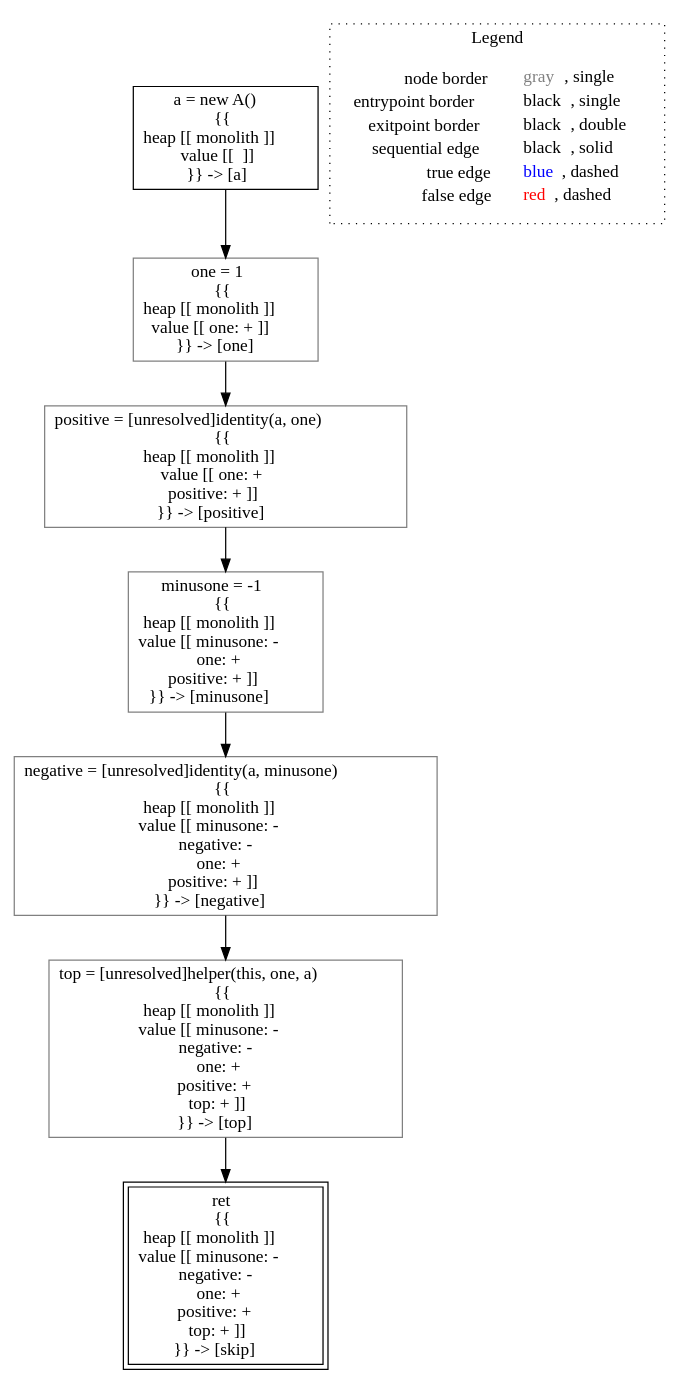
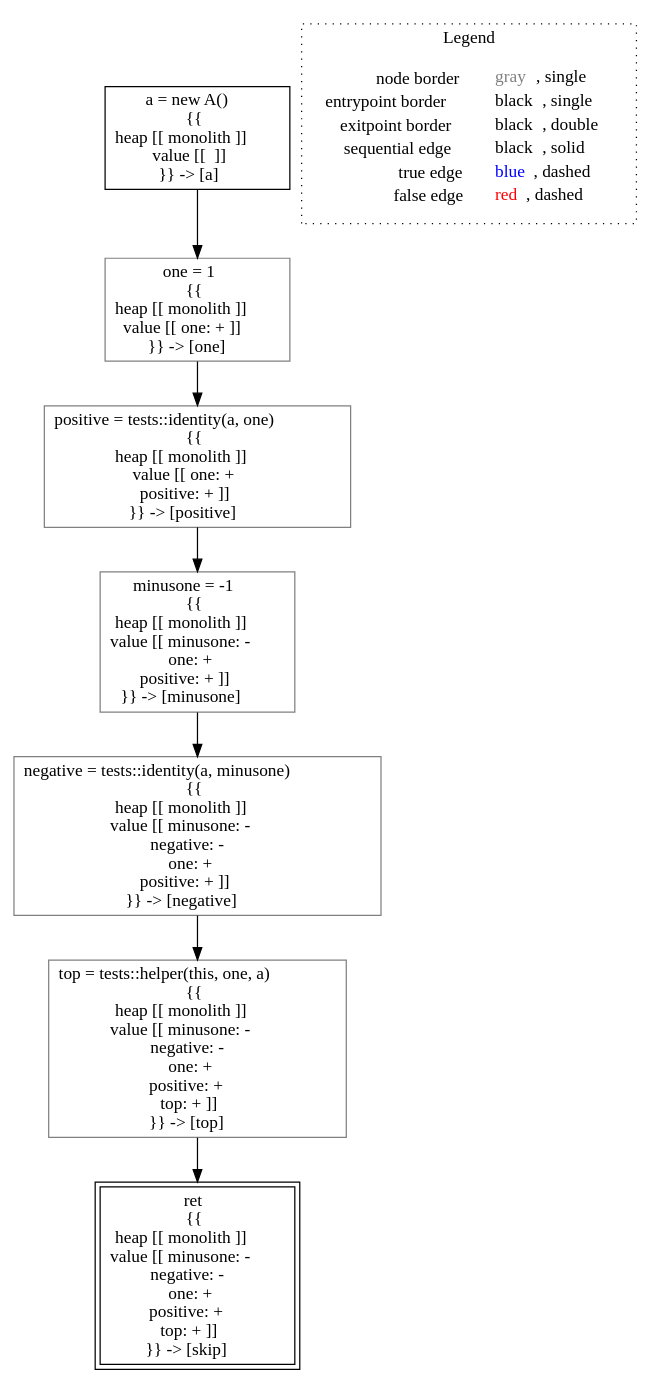
Before and after one commit to lisa-analyzer/lisa: the diagram in lisa/lisa-core/imp-testcases/interprocedural/RTAContextSensitive2/analysis___untyped_tests.main(tests_this).dot, drawn with Graphviz. The commit also changed 42 other files, not shown here.

```diff
--- a/lisa/lisa-core/imp-testcases/interprocedural/RTAContextSensitive2/analysis___untyped_tests.main(tests_this).dot
+++ b/lisa/lisa-core/imp-testcases/interprocedural/RTAContextSensitive2/analysis___untyped_tests.main(tests_this).dot
@@ -1,22 +1,22 @@
 digraph {
 	"node0" [shape="rect",color="black",label=<a = new A()<BR/>{{<BR/>heap [[ monolith ]]<BR/>value [[  ]]<BR/>}} -&gt; [a]>];
-	"node1" [shape="rect",color="gray",label=<minusone = -1<BR/>{{<BR/>heap [[ monolith ]]<BR/>value [[ minusone: -<BR/>one: +<BR/>positive: + ]]<BR/>}} -&gt; [minusone]>];
-	"node2" [shape="rect",color="gray",label=<one = 1<BR/>{{<BR/>heap [[ monolith ]]<BR/>value [[ one: + ]]<BR/>}} -&gt; [one]>];
+	"node1" [shape="rect",color="gray",label=<top = tests::helper(this, one, a)<BR/>{{<BR/>heap [[ monolith ]]<BR/>value [[ minusone: -<BR/>negative: -<BR/>one: +<BR/>positive: +<BR/>top: + ]]<BR/>}} -&gt; [top]>];
+	"node2" [shape="rect",color="gray",label=<negative = tests::identity(a, minusone)<BR/>{{<BR/>heap [[ monolith ]]<BR/>value [[ minusone: -<BR/>negative: -<BR/>one: +<BR/>positive: + ]]<BR/>}} -&gt; [negative]>];
 	"node3" [shape="rect",color="black",peripheries="2",label=<ret<BR/>{{<BR/>heap [[ monolith ]]<BR/>value [[ minusone: -<BR/>negative: -<BR/>one: +<BR/>positive: +<BR/>top: + ]]<BR/>}} -&gt; [skip]>];
-	"node4" [shape="rect",color="gray",label=<positive = [unresolved]identity(a, one)<BR/>{{<BR/>heap [[ monolith ]]<BR/>value [[ one: +<BR/>positive: + ]]<BR/>}} -&gt; [positive]>];
-	"node5" [shape="rect",color="gray",label=<negative = [unresolved]identity(a, minusone)<BR/>{{<BR/>heap [[ monolith ]]<BR/>value [[ minusone: -<BR/>negative: -<BR/>one: +<BR/>positive: + ]]<BR/>}} -&gt; [negative]>];
-	"node6" [shape="rect",color="gray",label=<top = [unresolved]helper(this, one, a)<BR/>{{<BR/>heap [[ monolith ]]<BR/>value [[ minusone: -<BR/>negative: -<BR/>one: +<BR/>positive: +<BR/>top: + ]]<BR/>}} -&gt; [top]>];
-	"node0" -> "node2" [color="black"];
-	"node1" -> "node5" [color="black"];
-	"node2" -> "node4" [color="black"];
-	"node4" -> "node1" [color="black"];
+	"node4" [shape="rect",color="gray",label=<minusone = -1<BR/>{{<BR/>heap [[ monolith ]]<BR/>value [[ minusone: -<BR/>one: +<BR/>positive: + ]]<BR/>}} -&gt; [minusone]>];
+	"node5" [shape="rect",color="gray",label=<one = 1<BR/>{{<BR/>heap [[ monolith ]]<BR/>value [[ one: + ]]<BR/>}} -&gt; [one]>];
+	"node6" [shape="rect",color="gray",label=<positive = tests::identity(a, one)<BR/>{{<BR/>heap [[ monolith ]]<BR/>value [[ one: +<BR/>positive: + ]]<BR/>}} -&gt; [positive]>];
+	"node1" -> "node3" [color="black"];
+	"node2" -> "node1" [color="black"];
+	"node0" -> "node5" [color="black"];
+	"node4" -> "node2" [color="black"];
 	"node5" -> "node6" [color="black"];
-	"node6" -> "node3" [color="black"];
+	"node6" -> "node4" [color="black"];
 subgraph cluster_legend {
 	label="Legend";
 	style=dotted;
 	node [shape=plaintext];
 	"legend" [label=<<table border="0" cellpadding="2" cellspacing="0" cellborder="0"><tr><td align="right">node border&nbsp;</td><td align="left"><font color="gray">gray</font>, single</td></tr><tr><td align="right">entrypoint border&nbsp;</td><td align="left"><font color="black">black</font>, single</td></tr><tr><td align="right">exitpoint border&nbsp;</td><td align="left"><font color="black">black</font>, double</td></tr><tr><td align="right">sequential edge&nbsp;</td><td align="left"><font color="black">black</font>, solid</td></tr><tr><td align="right">true edge&nbsp;</td><td align="left"><font color="blue">blue</font>, dashed</td></tr><tr><td align="right">false edge&nbsp;</td><td align="left"><font color="red">red</font>, dashed</td></tr></table>>];
 }
 
 }
```
